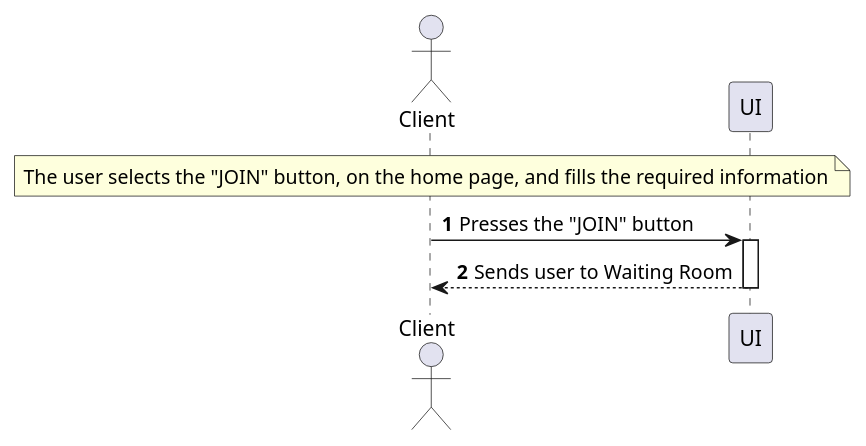
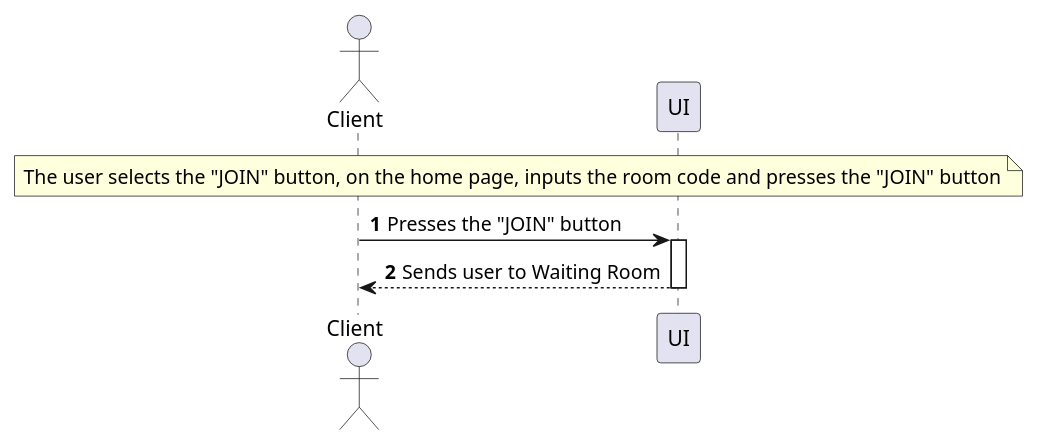
Before and after one commit to 8126Lucas/DSSMV_ProjectReact_1241131_1241008: the diagram in UMLs/puml/System Sequence Diagram/UCHPS-SSD/UCHPS1-SSD.puml, drawn with PlantUML. The commit also changed 6 other files, not shown here.

Commit message:
- Criação dos diagramas de sequência HPS1 e GS1 - Refatoração dos diagramas de sequência de sistema UCHPS1, UCLS1, UCLS2 e UCGS1 para maior clareza e precisão - Atualização do ficheiro de estado dos diagramas para refletir os novos diagramas e marcar outros como concluídos

```diff
--- a/UMLs/puml/System Sequence Diagram/UCHPS-SSD/UCHPS1-SSD.puml
+++ b/UMLs/puml/System Sequence Diagram/UCHPS-SSD/UCHPS1-SSD.puml
@@ -1,15 +1,15 @@
 @startuml
 'https://plantuml.com/sequence-diagram
 
 autonumber
 autoactivate on
 
 Actor "Client" as client
 participant "UI" as ui
 
-note over client: The user selects the "JOIN" button, on the home page, and fills the required information
+note over client, ui: The user selects the "JOIN" button, on the home page, inputs the room code and presses the "JOIN" button
 
 client -> ui: Presses the "JOIN" button
 ui --> client: Sends user to Waiting Room
 
 @enduml
```
